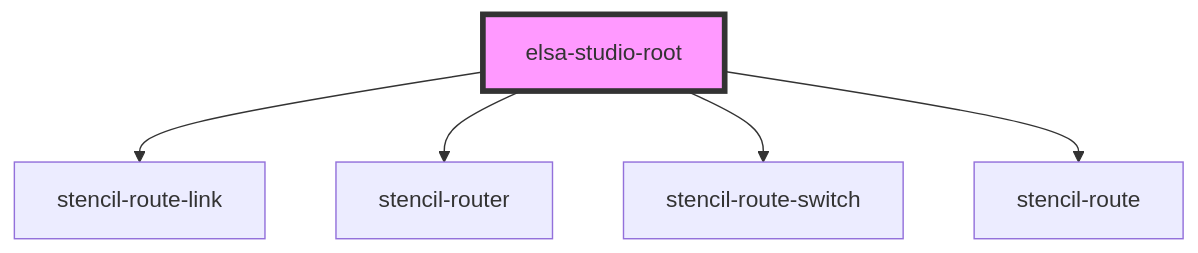
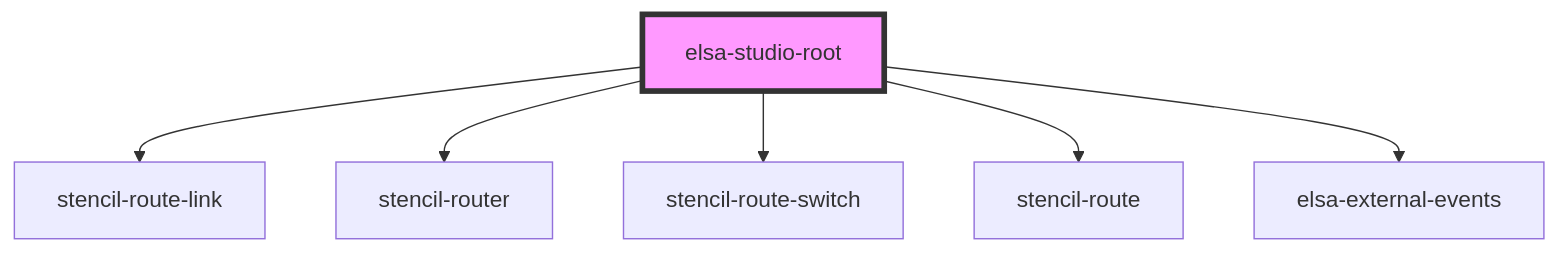
Before and after one commit to elsa-workflows/elsa-core: the diagram in src/designer/elsa-workflows-studio/src/components/dashboard/pages/elsa-studio-root/readme.md, drawn with Mermaid. The commit also changed other lines of this file and 13 other files, not shown here.

````diff
--- a/src/designer/elsa-workflows-studio/src/components/dashboard/pages/elsa-studio-root/readme.md
+++ b/src/designer/elsa-workflows-studio/src/components/dashboard/pages/elsa-studio-root/readme.md
@@ -26,8 +27,9 @@
 ```mermaid
 graph TD;
   elsa-studio-root --> stencil-route-link
   elsa-studio-root --> stencil-router
   elsa-studio-root --> stencil-route-switch
   elsa-studio-root --> stencil-route
+  elsa-studio-root --> elsa-external-events
   style elsa-studio-root fill:#f9f,stroke:#333,stroke-width:4px
 ```
````
